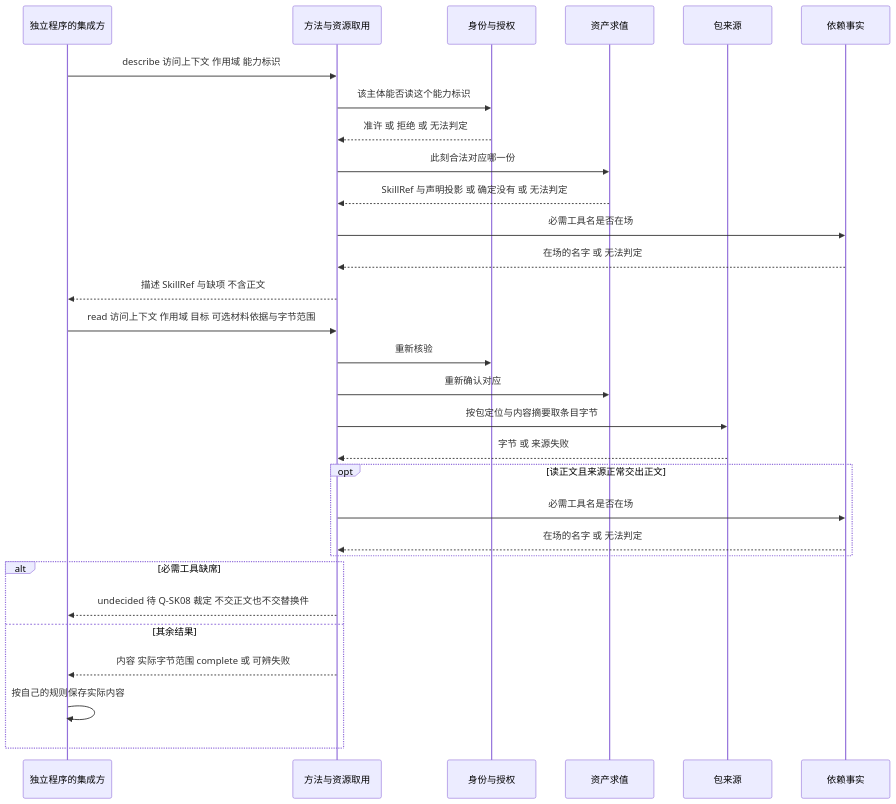
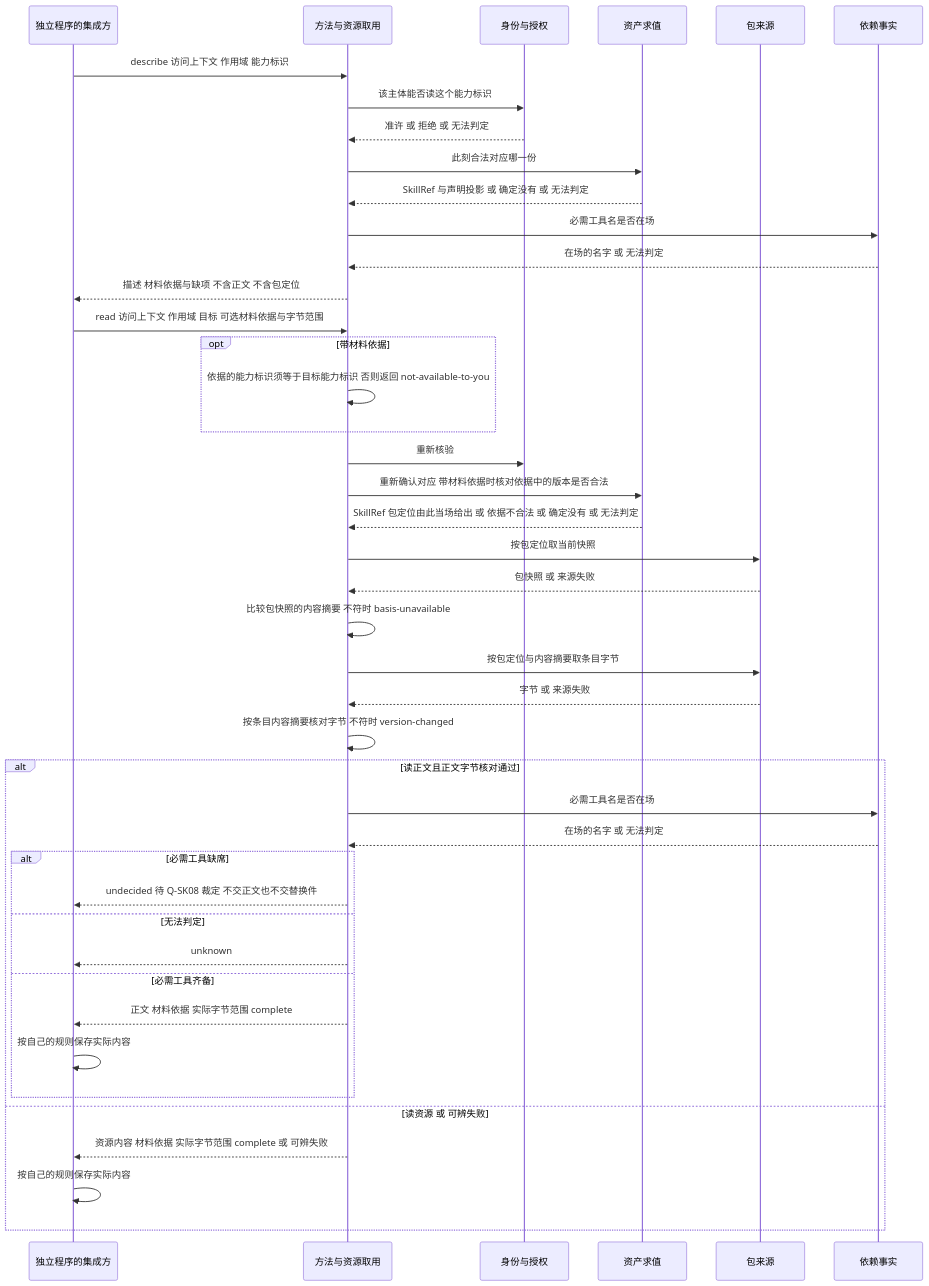
One commit to nemori-ai/omne-harness-lite changed the second of 4 diagrams in docs/domains/skills/key-flows.md. Above: the diagram before and after it, drawn with Mermaid. The commit also changed other lines of this file and 4 other files, not shown here.

````diff
--- a/docs/domains/skills/key-flows.md
+++ b/docs/domains/skills/key-flows.md
@@ -47,32 +47,45 @@
 ```mermaid
 sequenceDiagram
   participant P as 独立程序的集成方
   participant A as 方法与资源取用
   participant I as 身份与授权
   participant R as 资产求值
   participant S as 包来源
   participant F as 依赖事实
   P->>A: describe 访问上下文 作用域 能力标识
   A->>I: 该主体能否读这个能力标识
   I-->>A: 准许 或 拒绝 或 无法判定
   A->>R: 此刻合法对应哪一份
   R-->>A: SkillRef 与声明投影 或 确定没有 或 无法判定
   A->>F: 必需工具名是否在场
   F-->>A: 在场的名字 或 无法判定
-  A-->>P: 描述 SkillRef 与缺项 不含正文
+  A-->>P: 描述 材料依据与缺项 不含正文 不含包定位
   P->>A: read 访问上下文 作用域 目标 可选材料依据与字节范围
+  opt 带材料依据
+    A->>A: 依据的能力标识须等于目标能力标识 否则返回 not-available-to-you
+  end
   A->>I: 重新核验
-  A->>R: 重新确认对应
+  A->>R: 重新确认对应 带材料依据时核对依据中的版本是否合法
+  R-->>A: SkillRef 包定位由此当场给出 或 依据不合法 或 确定没有 或 无法判定
+  A->>S: 按包定位取当前快照
+  S-->>A: 包快照 或 来源失败
+  A->>A: 比较包快照的内容摘要 不符时 basis-unavailable
   A->>S: 按包定位与内容摘要取条目字节
   S-->>A: 字节 或 来源失败
-  opt 读正文且来源正常交出正文
+  A->>A: 按条目内容摘要核对字节 不符时 version-changed
+  alt 读正文且正文字节核对通过
     A->>F: 必需工具名是否在场
     F-->>A: 在场的名字 或 无法判定
-  end
-  alt 必需工具缺席
-    A-->>P: undecided 待 Q-SK08 裁定 不交正文也不交替换件
-  else 其余结果
-    A-->>P: 内容 实际字节范围 complete 或 可辨失败
+    alt 必需工具缺席
+      A-->>P: undecided 待 Q-SK08 裁定 不交正文也不交替换件
+    else 无法判定
+      A-->>P: unknown
+    else 必需工具齐备
+      A-->>P: 正文 材料依据 实际字节范围 complete
+      P->>P: 按自己的规则保存实际内容
+    end
+  else 读资源 或 可辨失败
+    A-->>P: 资源内容 材料依据 实际字节范围 complete 或 可辨失败
     P->>P: 按自己的规则保存实际内容
   end
 ```
````
